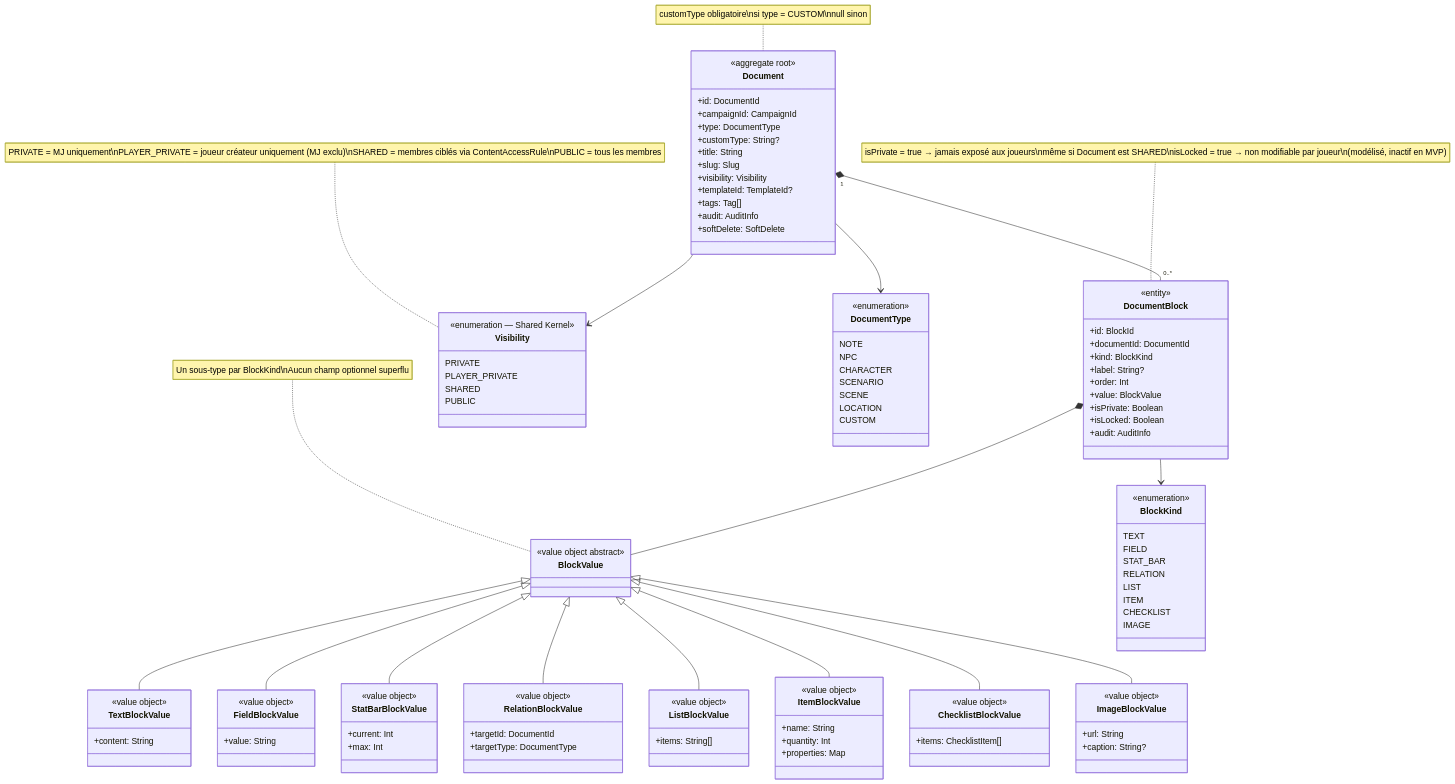
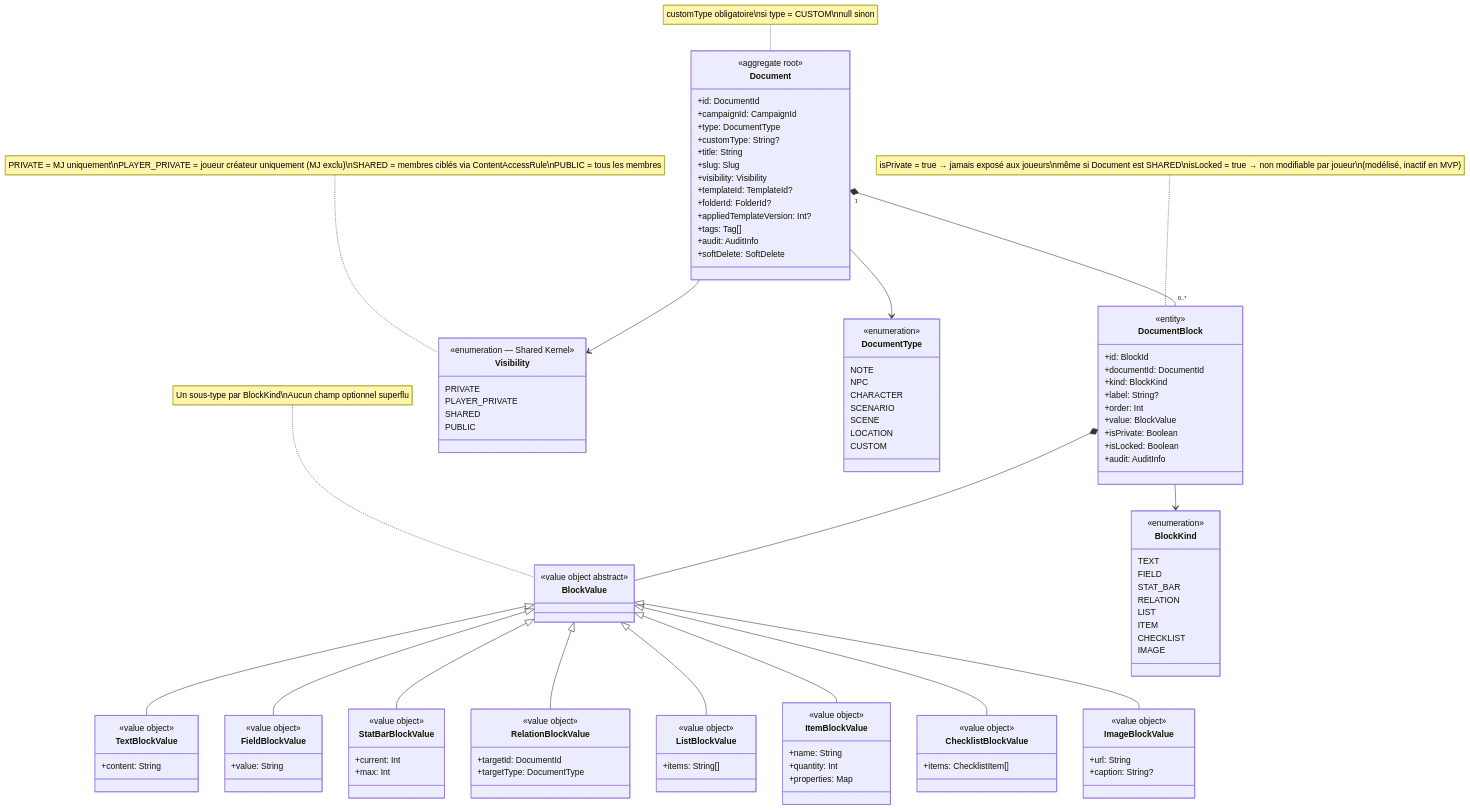
The third of 7 diagrams in docs/conception/DiagrammesClasses.md (2025-10-CDA-ECO-P6/PM-micro-saas), drawn with Mermaid before and after one commit. The commit also changed other lines of this file and 28 other files, not shown here.

```diff
--- a/docs/conception/DiagrammesClasses.md
+++ b/docs/conception/DiagrammesClasses.md
@@ -240,6 +240,8 @@
         +slug: Slug
         +visibility: Visibility
         +templateId: TemplateId?
+        +folderId: FolderId?
+        +appliedTemplateVersion: Int?
         +tags: Tag[]
         +audit: AuditInfo
         +softDelete: SoftDelete
```
